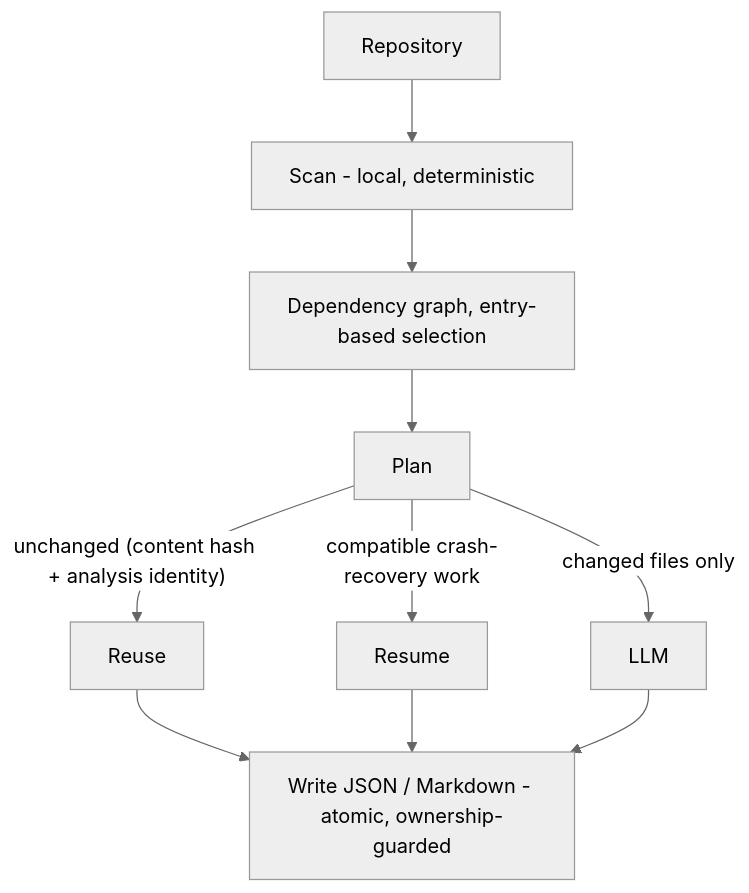
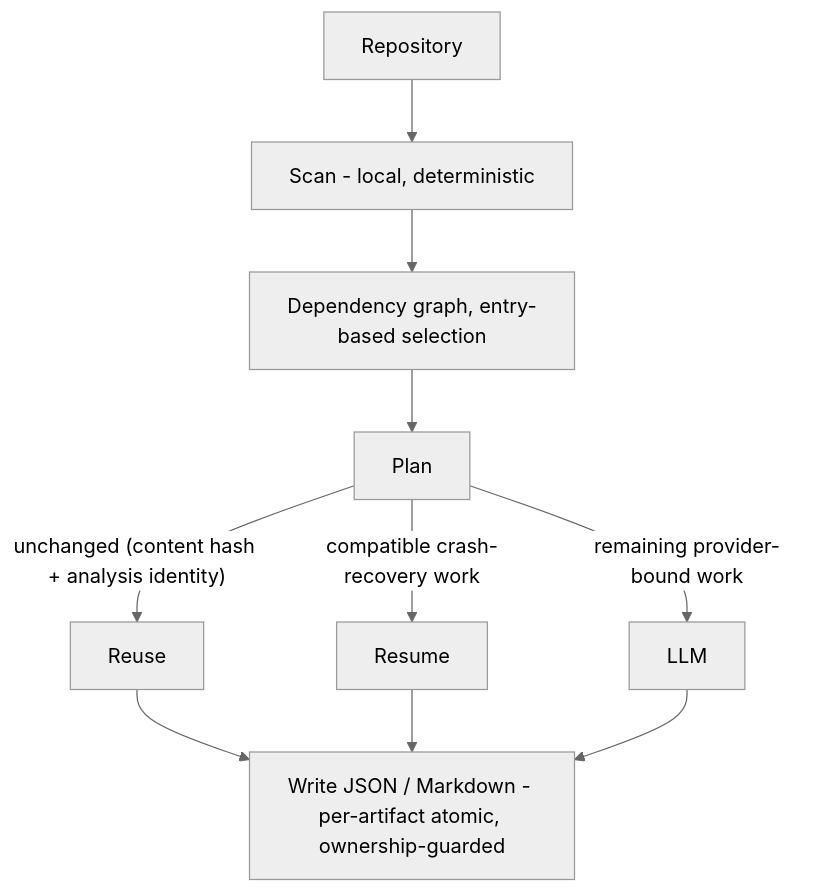
The first of 2 diagrams in README.md (atharvm416/codedoc-ai), drawn with Mermaid (neutral theme) before and after one commit. The commit also changed other lines of this file and 92 other files, not shown here.

````diff
--- a/README.md
+++ b/README.md
@@ -36,12 +64,12 @@
 ```mermaid
 flowchart TD
     A["Repository"] --> B["Scan - local, deterministic"]
     B --> C["Dependency graph, entry-based selection"]
     C --> D["Plan"]
     D -->|"unchanged (content hash + analysis identity)"| E["Reuse"]
     D -->|"compatible crash-recovery work"| F["Resume"]
-    D -->|"changed files only"| G["LLM"]
-    E --> H["Write JSON / Markdown - atomic, ownership-guarded"]
+    D -->|"remaining provider-bound work"| G["LLM"]
+    E --> H["Write JSON / Markdown - per-artifact atomic, ownership-guarded"]
     F --> H
     G --> H
 ```
````
